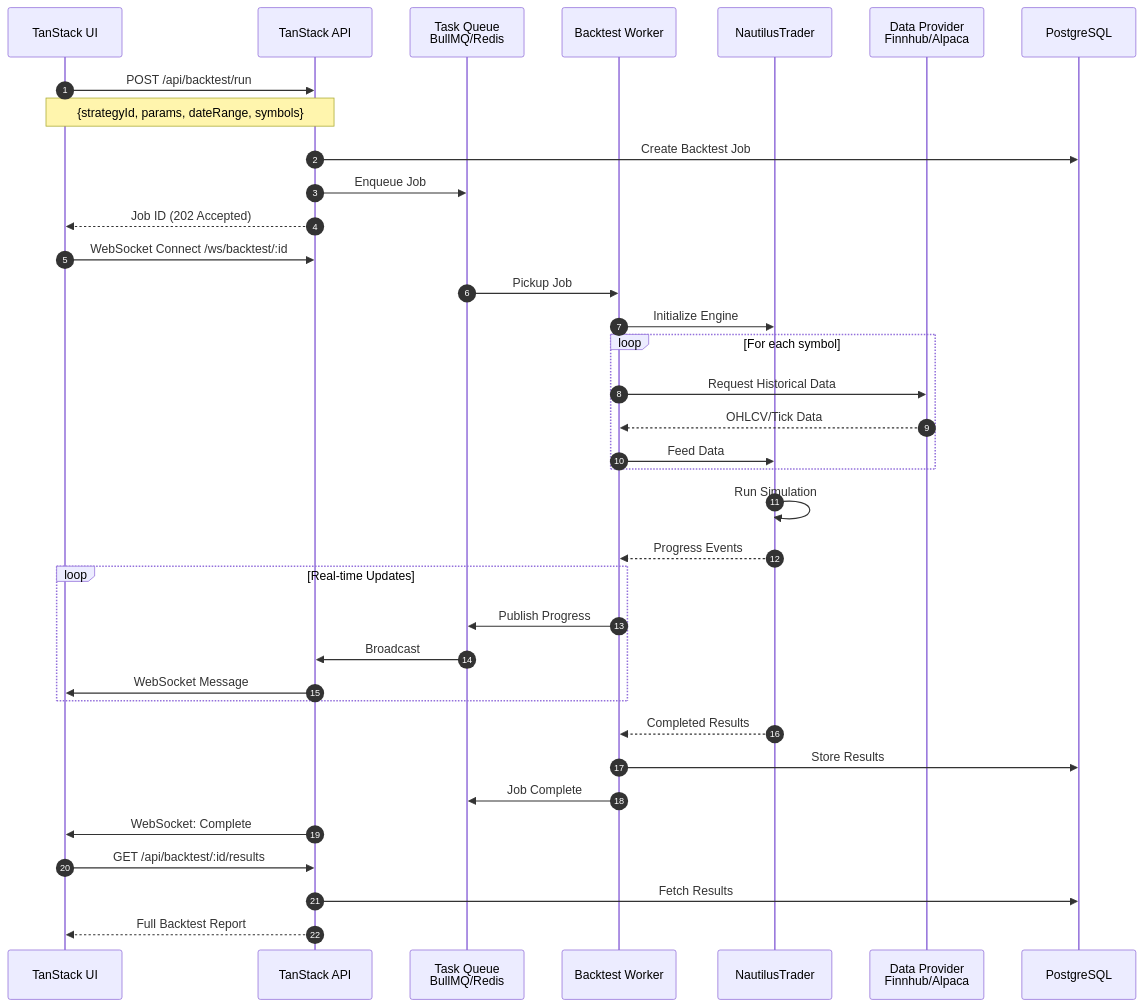
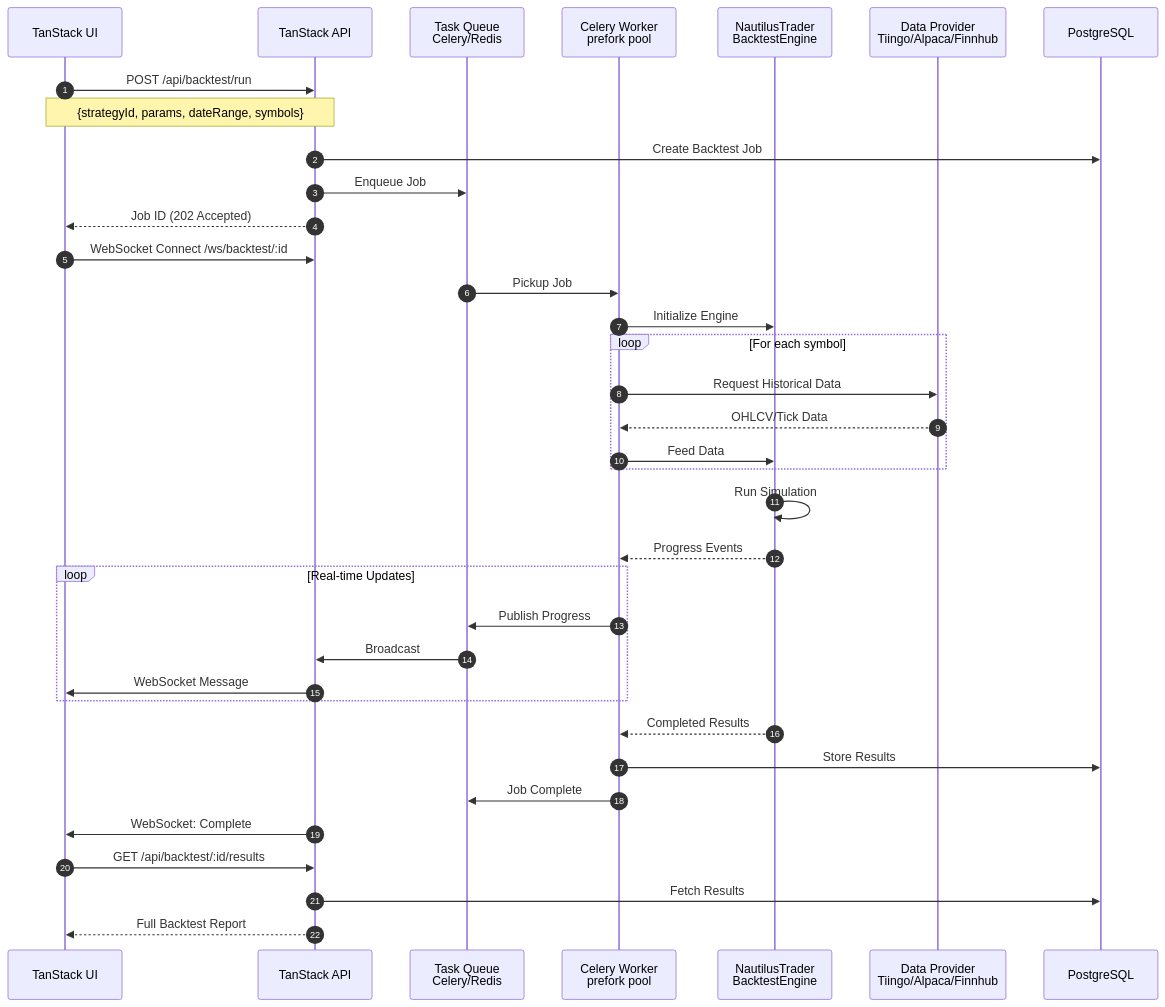
The fourth of 8 diagrams in system_design.md (huydhoang/quantlens-docs), drawn with Mermaid before and after one commit. The commit also changed other lines of this file and 3 other files, not shown here.

````diff
--- a/system_design.md
+++ b/system_design.md
@@ -132,47 +133,47 @@
 ```mermaid
 sequenceDiagram
     autonumber
     participant UI as TanStack UI
     participant API as TanStack API
-    participant Queue as Task Queue<br/>BullMQ/Redis
-    participant Worker as Backtest Worker
-    participant Nautilus as NautilusTrader
-    participant Data as Data Provider<br/>Finnhub/Alpaca
+    participant Queue as Task Queue<br/>Celery/Redis
+    participant Worker as Celery Worker<br/>prefork pool
+    participant Nautilus as NautilusTrader<br/>BacktestEngine
+    participant Data as Data Provider<br/>Tiingo/Alpaca/Finnhub
     participant DB as PostgreSQL
     
     UI->>API: POST /api/backtest/run
     Note over UI,API: {strategyId, params, dateRange, symbols}
     
     API->>DB: Create Backtest Job
     API->>Queue: Enqueue Job
     API-->>UI: Job ID (202 Accepted)
     
     UI->>API: WebSocket Connect /ws/backtest/:id
     
     Queue->>Worker: Pickup Job
     Worker->>Nautilus: Initialize Engine
     
     loop For each symbol
         Worker->>Data: Request Historical Data
         Data-->>Worker: OHLCV/Tick Data
         Worker->>Nautilus: Feed Data
     end
     
     Nautilus->>Nautilus: Run Simulation
     Nautilus-->>Worker: Progress Events
     
     loop Real-time Updates
         Worker->>Queue: Publish Progress
         Queue->>API: Broadcast
         API->>UI: WebSocket Message
     end
     
     Nautilus-->>Worker: Completed Results
     Worker->>DB: Store Results
     Worker->>Queue: Job Complete
     
     API->>UI: WebSocket: Complete
     UI->>API: GET /api/backtest/:id/results
     API->>DB: Fetch Results
     API-->>UI: Full Backtest Report
 ```
````
